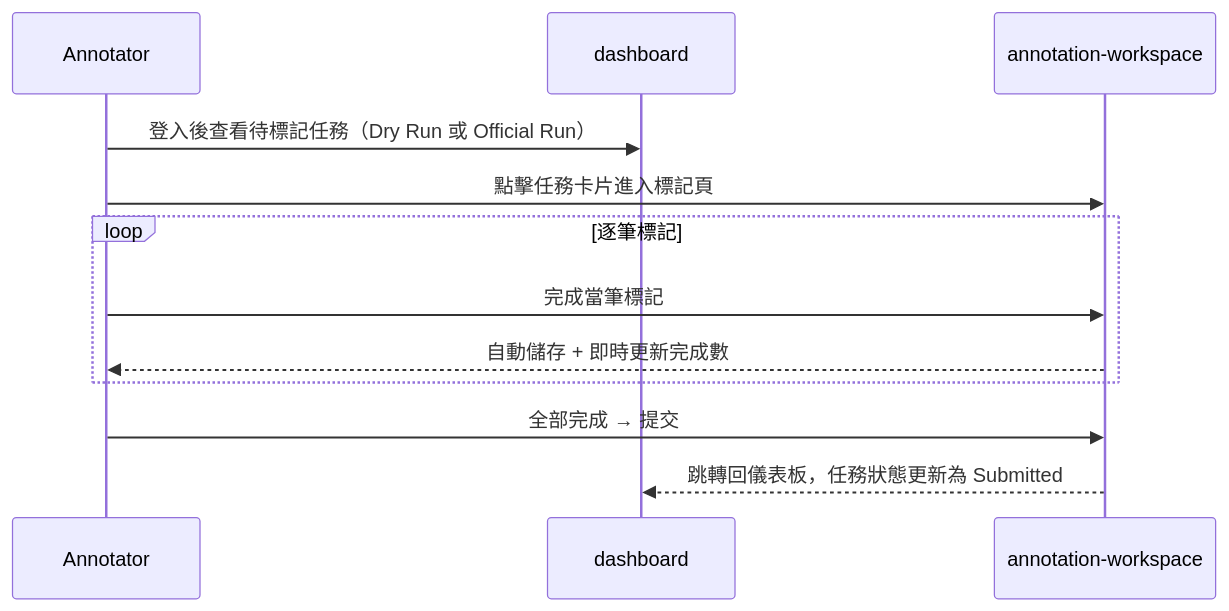
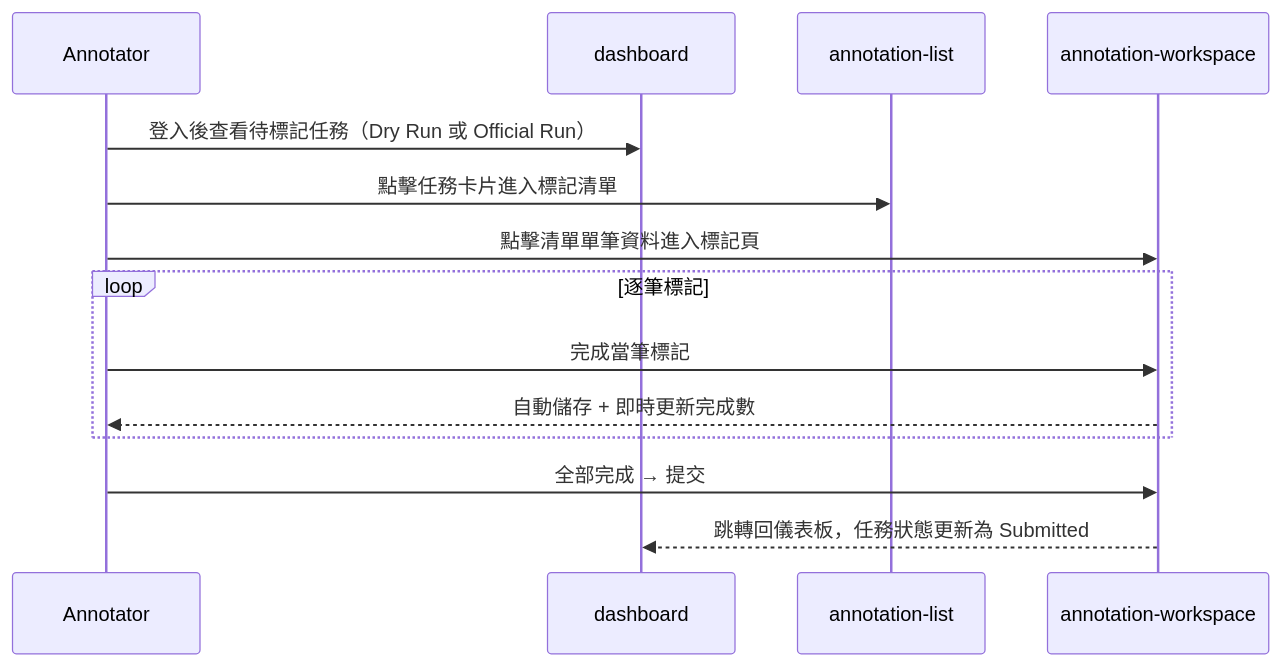
One commit to singyichen/label-suite changed the third of 5 diagrams in docs/product/ia/information-architecture.md. Above: the diagram before and after it, drawn with Mermaid. The commit also changed other lines of this file and 7 other files, not shown here.

Commit message:
feat(annotation): add annotation-list flow and row navigation

````diff
--- a/docs/product/ia/information-architecture.md
+++ b/docs/product/ia/information-architecture.md
@@ -477,15 +494,17 @@
 ```mermaid
 sequenceDiagram
   participant AN as Annotator
   participant D as dashboard
+  participant AL as annotation-list
   participant AW as annotation-workspace
 
   AN->>D: 登入後查看待標記任務（Dry Run 或 Official Run）
-  AN->>AW: 點擊任務卡片進入標記頁
+  AN->>AL: 點擊任務卡片進入標記清單
+  AN->>AW: 點擊清單單筆資料進入標記頁
   loop 逐筆標記
     AN->>AW: 完成當筆標記
     AW-->>AN: 自動儲存 + 即時更新完成數
   end
   AN->>AW: 全部完成 → 提交
   AW-->>D: 跳轉回儀表板，任務狀態更新為 Submitted
 ```
````
